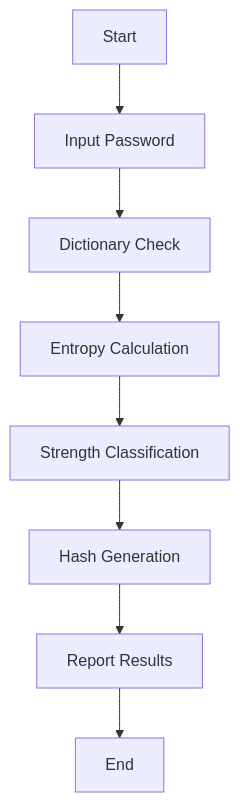
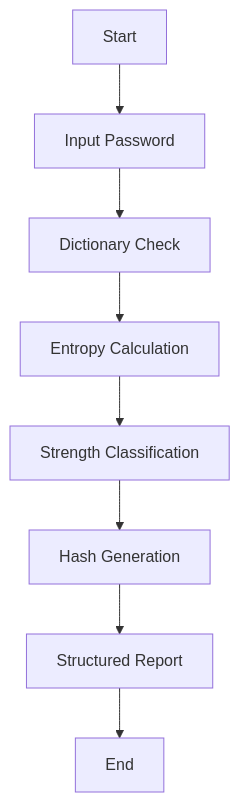
One commit to bhataakib02/cybersecurityCasestudy changed the first of 3 diagrams in CaseStudy4_Password_Analysis_and_Policy_Report.md. Above: the diagram before and after it, drawn with Mermaid. The commit also changed other lines of this file, not shown here.

Commit message:
Expand Case Study 4 report: fully professional version with deeper sections, captions, and academic notes

````diff
--- a/CaseStudy4_Password_Analysis_and_Policy_Report.md
+++ b/CaseStudy4_Password_Analysis_and_Policy_Report.md
@@ -69,10 +113,10 @@
 ```mermaid
 flowchart TD
   A[Start] --> B[Input Password]
   B --> C[Dictionary Check]
   C --> D[Entropy Calculation]
   D --> E[Strength Classification]
   E --> F[Hash Generation]
-  F --> G[Report Results]
+  F --> G[Structured Report]
   G --> H[End]
 ```
````
